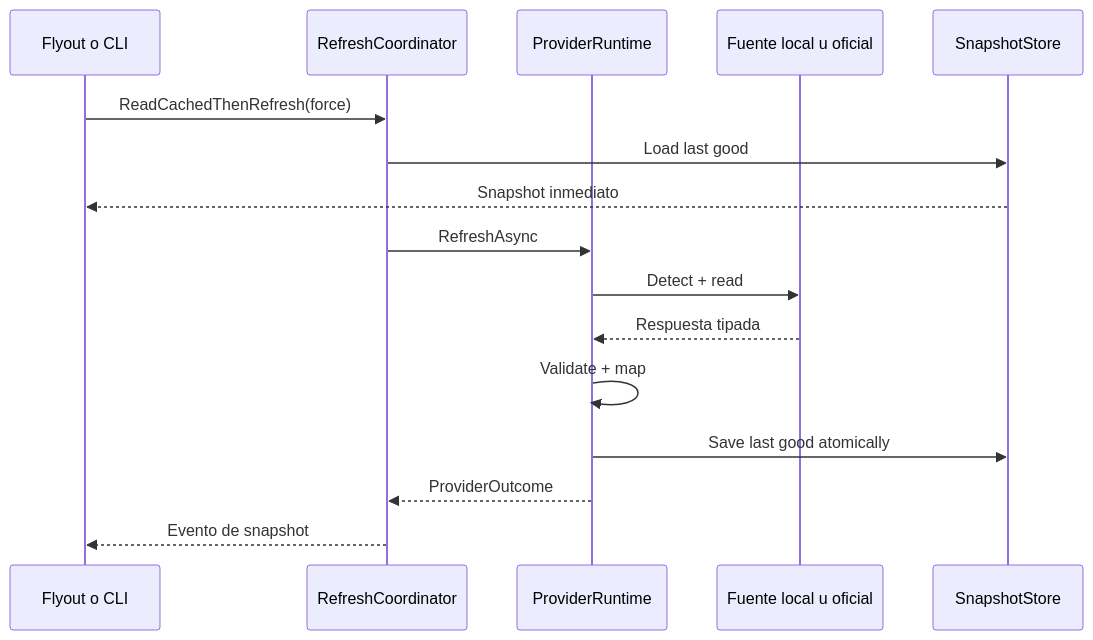
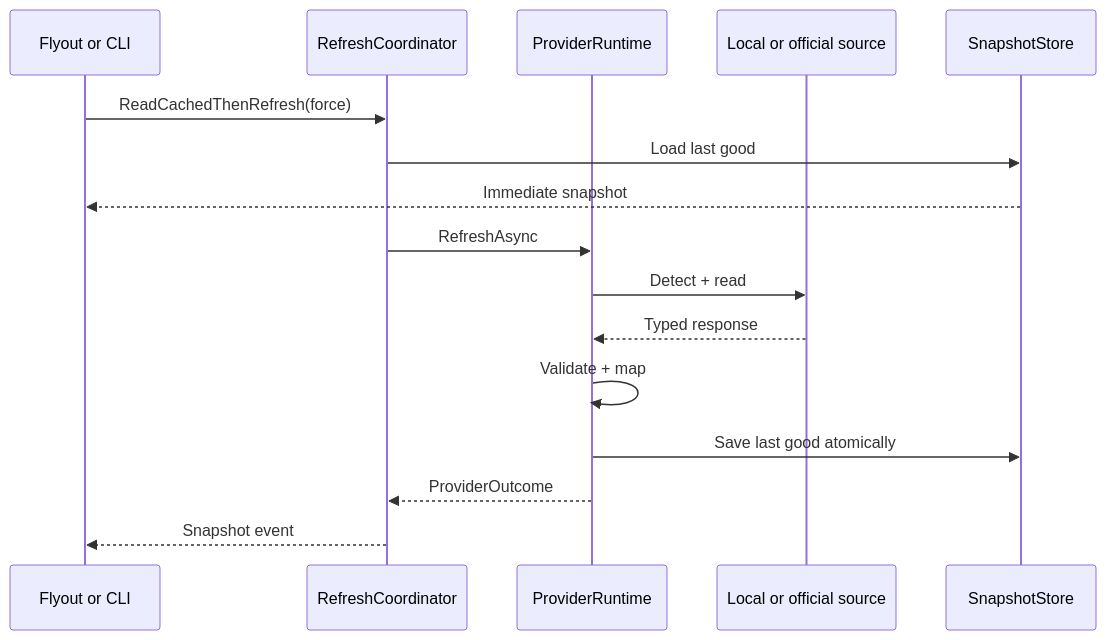
One commit to gvastethecreator/tokenusage changed the second of 2 diagrams in docs/architecture/ADR-0001-windows-native-baseline.md. Above: the diagram before and after it, drawn with Mermaid. The commit also changed other lines of this file and 111 other files, not shown here.

Commit message:
docs: initialize documentation suite with architecture ADRs, provider research, product specifications, and assets.

````diff
--- a/docs/architecture/ADR-0001-windows-native-baseline.md
+++ b/docs/architecture/ADR-0001-windows-native-baseline.md
@@ -66,19 +62,19 @@
 ```mermaid
 sequenceDiagram
-    participant UI as Flyout o CLI
+    participant UI as Flyout or CLI
     participant RC as RefreshCoordinator
     participant P as ProviderRuntime
-    participant S as Fuente local u oficial
+    participant S as Local or official source
     participant C as SnapshotStore
 
     UI->>RC: ReadCachedThenRefresh(force)
     RC->>C: Load last good
-    C-->>UI: Snapshot inmediato
+    C-->>UI: Immediate snapshot
     RC->>P: RefreshAsync
     P->>S: Detect + read
-    S-->>P: Respuesta tipada
+    S-->>P: Typed response
     P->>P: Validate + map
     P->>C: Save last good atomically
     P-->>RC: ProviderOutcome
-    RC-->>UI: Evento de snapshot
+    RC-->>UI: Snapshot event
 ```
````
